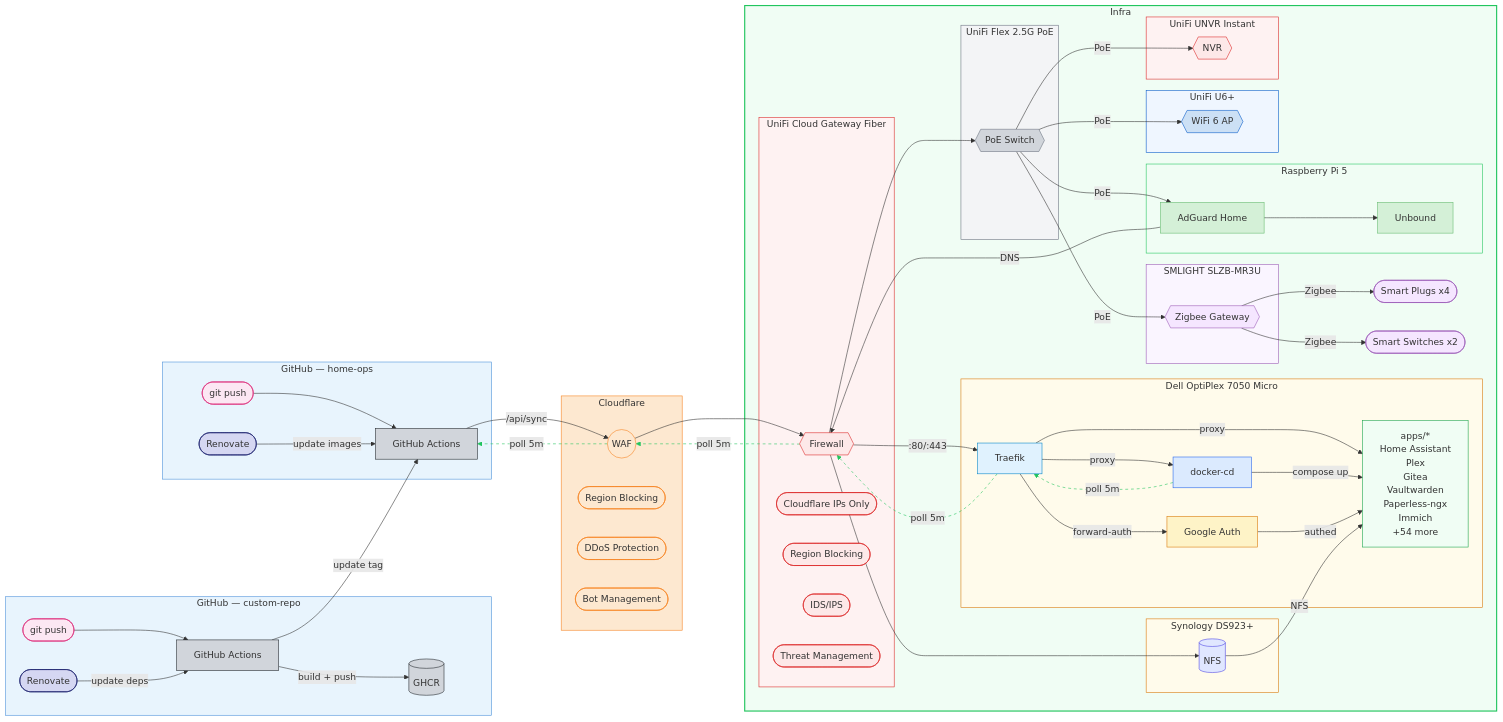
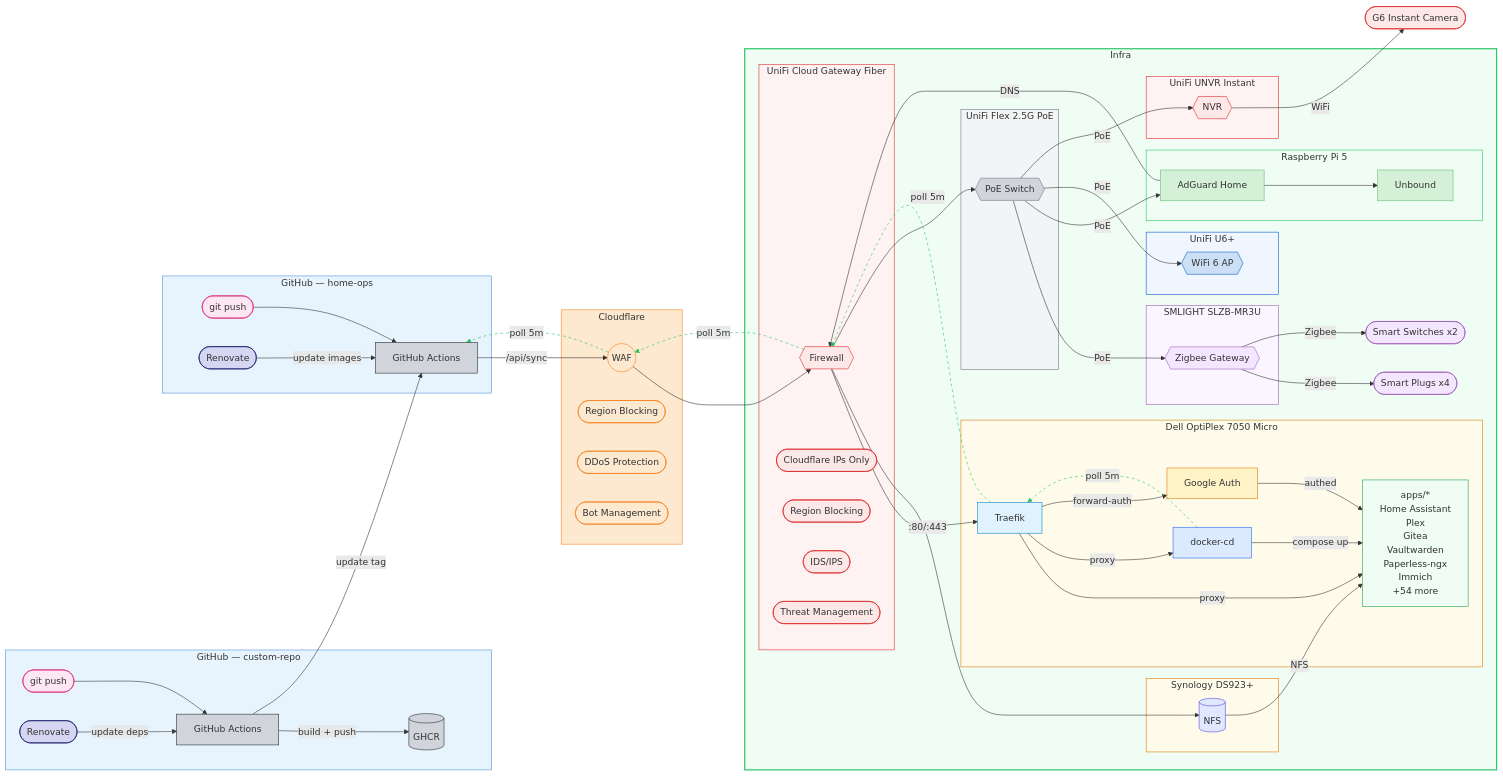
The diagram in README.md (wajeht/home-ops), drawn with Mermaid before and after one commit.

Commit message:
feat: add nvr mermarid chart

```diff
--- a/README.md
+++ b/README.md
@@ -102,6 +102,7 @@
     docker_cd -.->|poll 5m| traefik -.->|poll 5m| unifi -.->|poll 5m| cf -.->|poll 5m| ops_ci
 
     poe -->|PoE| nvr
+    nvr -->|WiFi| camera([G6 Instant Camera])
 
     style app_repo fill:#e8f4fd,stroke:#4a90d9
     style ops_repo fill:#e8f4fd,stroke:#4a90d9
@@ -142,6 +143,7 @@
     style u6 fill:#eff6ff,stroke:#0559c9
     style unvr fill:#fef2f2,stroke:#dc2626
     style nvr fill:#fde8e8,stroke:#dc2626,color:#333
+    style camera fill:#fde8e8,stroke:#dc2626,color:#333
     style plugs fill:#f5e6ff,stroke:#9b59b6,color:#333
     style switches fill:#f5e6ff,stroke:#9b59b6,color:#333
     linkStyle 24 stroke:#22c55e,stroke-dasharray:5
```
